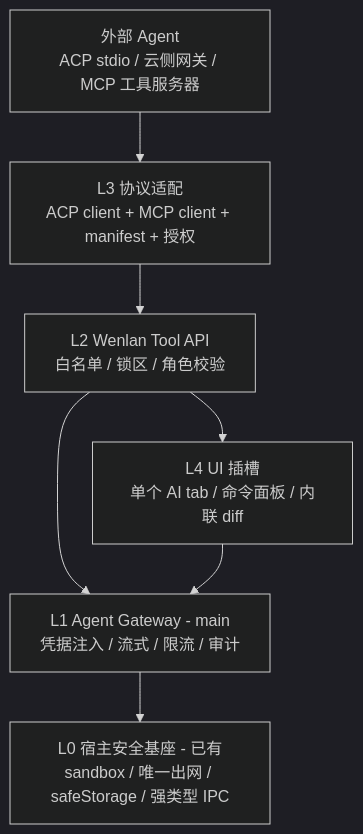
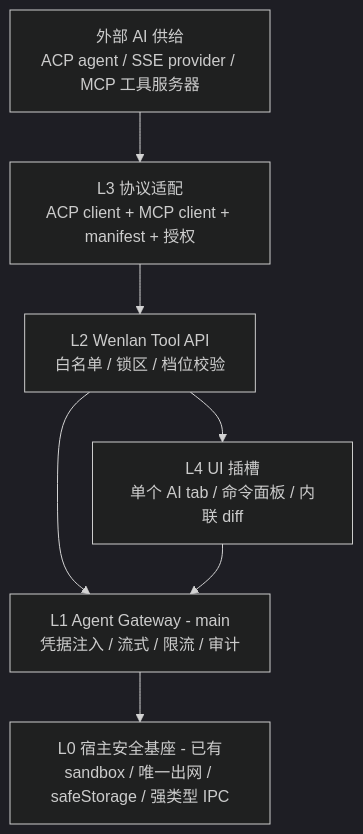
Before and after one commit to wenlanstudio/wenlan: the diagram in docs/design/agent-gateway.md, drawn with Mermaid (dark theme). The commit also changed other lines of this file, not shown here.

First line of the commit message:
docs(design): Agent Gateway v0.3.0——AI 范围收窄到编辑器创作侧

````diff
--- a/docs/design/agent-gateway.md
+++ b/docs/design/agent-gateway.md
@@ -122,9 +142,9 @@
 ```mermaid
 flowchart TD
-  A[外部 Agent<br/>ACP stdio / 云侧网关 / MCP 工具服务器] --> B[L3 协议适配<br/>ACP client + MCP client + manifest + 授权]
-  B --> C[L2 Wenlan Tool API<br/>白名单 / 锁区 / 角色校验]
+  A[外部 AI 供给<br/>ACP agent / SSE provider / MCP 工具服务器] --> B[L3 协议适配<br/>ACP client + MCP client + manifest + 授权]
+  B --> C[L2 Wenlan Tool API<br/>白名单 / 锁区 / 档位校验]
   C --> D[L1 Agent Gateway - main<br/>凭据注入 / 流式 / 限流 / 审计]
   D --> E[L0 宿主安全基座 - 已有<br/>sandbox / 唯一出网 / safeStorage / 强类型 IPC]
   C --> F[L4 UI 插槽<br/>单个 AI tab / 命令面板 / 内联 diff]
   F --> D
 ```
````
